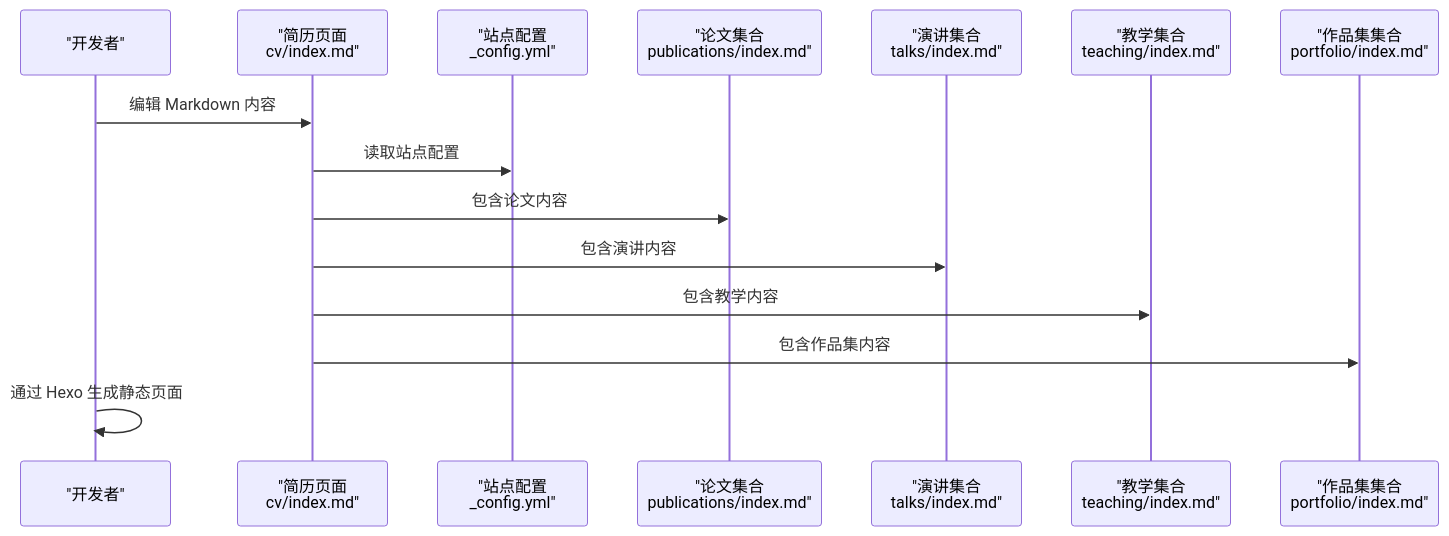
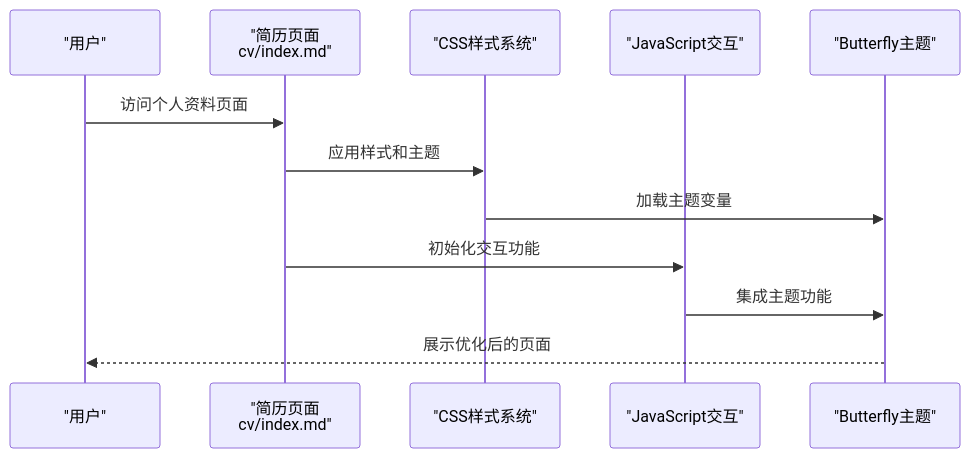
Before and after one commit to CoolPig0720/CoolPig0720.github.io: the second of 3 diagrams in .qoder/repowiki/zh/content/学术功能模块/简历生成功能.md, drawn with Mermaid. The commit also changed other lines of this file and 14 other files, not shown here.

````diff
--- a/.qoder/repowiki/zh/content/学术功能模块/简历生成功能.md
+++ b/.qoder/repowiki/zh/content/学术功能模块/简历生成功能.md
@@ -97,17 +107,14 @@
 ```mermaid
 sequenceDiagram
-participant Dev as "开发者"
+participant User as "用户"
 participant CV as "简历页面<br/>cv/index.md"
-participant CFG as "站点配置<br/>_config.yml"
-participant PUB as "论文集合<br/>publications/index.md"
-participant TAL as "演讲集合<br/>talks/index.md"
-participant TCH as "教学集合<br/>teaching/index.md"
-participant POR as "作品集集合<br/>portfolio/index.md"
-Dev->>CV : 编辑 Markdown 内容
-CV->>CFG : 读取站点配置
-CV->>PUB : 包含论文内容
-CV->>TAL : 包含演讲内容
-CV->>TCH : 包含教学内容
-CV->>POR : 包含作品集内容
-Dev->>Dev : 通过 Hexo 生成静态页面
+participant CSS as "CSS样式系统"
+participant JS as "JavaScript交互"
+participant Theme as "Butterfly主题"
+User->>CV : 访问个人资料页面
+CV->>CSS : 应用样式和主题
+CSS->>Theme : 加载主题变量
+CV->>JS : 初始化交互功能
+JS->>Theme : 集成主题功能
+Theme-->>User : 展示优化后的页面
 ```
````
